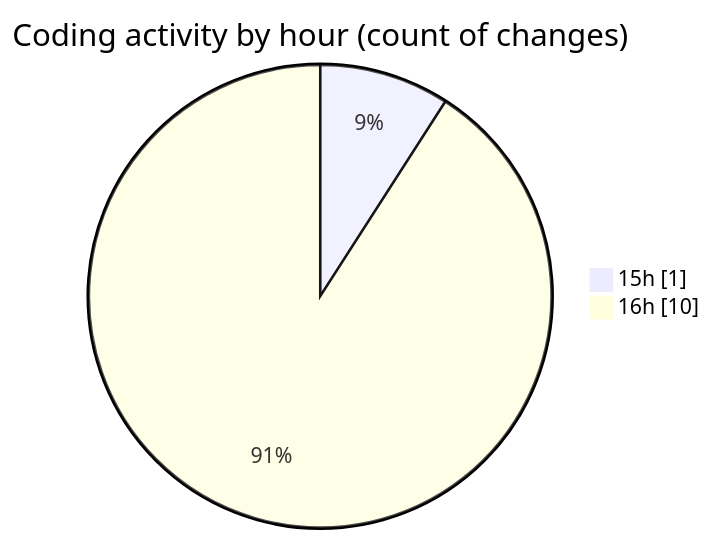
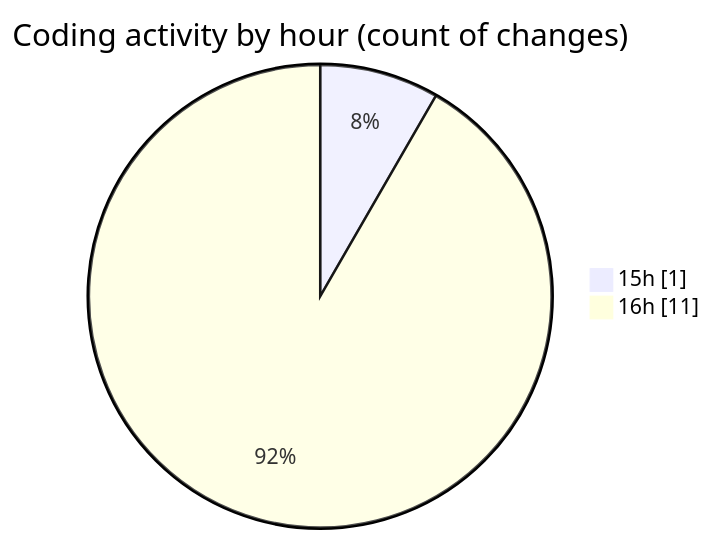
One commit to debugP/code-tracking changed the second of 2 diagrams in 2025-10-14/untitled__workspace_/README.md. Above: the diagram before and after it, drawn with Mermaid. The commit also changed other lines of this file and 1 other file, not shown here.

````diff
--- a/2025-10-14/untitled__workspace_/README.md
+++ b/2025-10-14/untitled__workspace_/README.md
@@ -28,6 +28,6 @@
 ```mermaid
 pie showData
 title Coding activity by hour (count of changes)
 "15h" : 1
-"16h" : 10
+"16h" : 11
 ```
````
